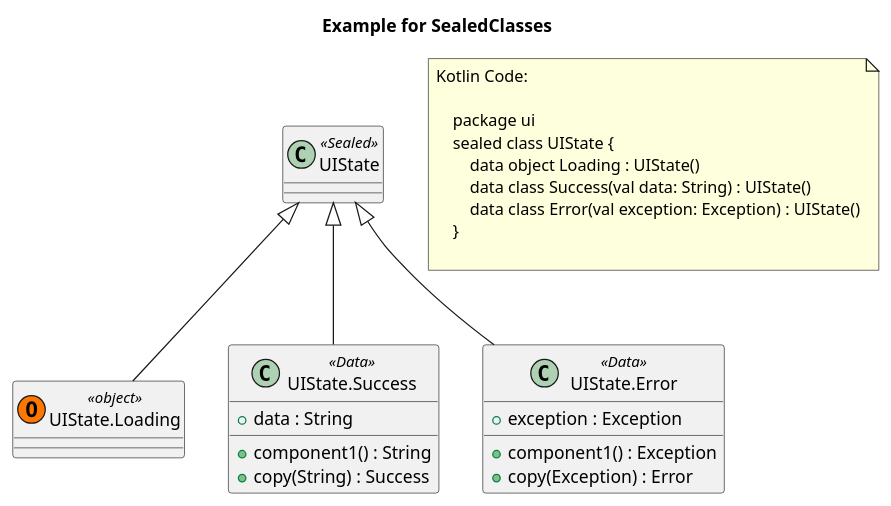
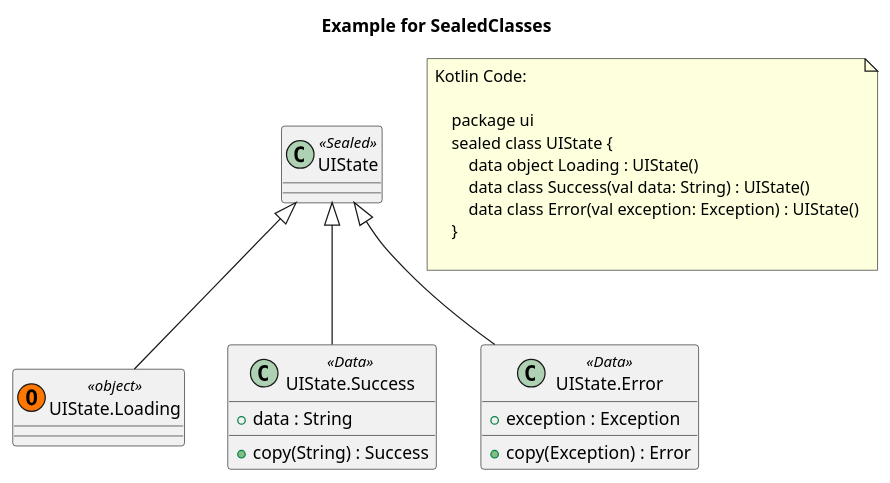
One commit to Tosaa/ksp-plantuml changed the diagram in doc/plantuml/SealedClasses.puml. Above: the diagram before and after it, drawn with PlantUML. The commit also changed 32 other files, not shown here.

Commit message:
Refactor logic to figure out whether a property / function is inherited or not. Exclude kotlin.Enum for this check and also ensure that Data class componentN() functions are not removed, since they are marked as override

```diff
--- a/doc/plantuml/SealedClasses.puml
+++ b/doc/plantuml/SealedClasses.puml
@@ -1,54 +1,51 @@
 @startuml
 title Example for SealedClasses
 'This file is generated by the GenerateExamplesForDoc test.
 
     'ui.UIState
     class "UIState" as ui_UIState <<Sealed>>{
         
     }
 
 
     'ui.UIState.Loading
     class "UIState.Loading" as ui_UIState_Loading << (O, #FF7700) object>>{
         
     }
 
 
     'ui.UIState.Success
     class "UIState.Success" as ui_UIState_Success <<Data>>{
         + data : String
-		+ component1() : String
 		+ copy(String) : Success
     }
 
 
     'ui.UIState.Error
     class "UIState.Error" as ui_UIState_Error <<Data>>{
         + exception : Exception
-		+ component1() : Exception
 		+ copy(Exception) : Error
     }
 
 
 'Inheritance relations
 ui_UIState <|-- ui_UIState_Loading
 ui_UIState <|-- ui_UIState_Success
 ui_UIState <|-- ui_UIState_Error
 'Property relations
 
 'Function relations
 
- 
 note as note_of_code
 Kotlin Code:
 
     package ui
     sealed class UIState {
         data object Loading : UIState()
         data class Success(val data: String) : UIState()
         data class Error(val exception: Exception) : UIState()
     }
     
 end note
-            
+
 @enduml
```
